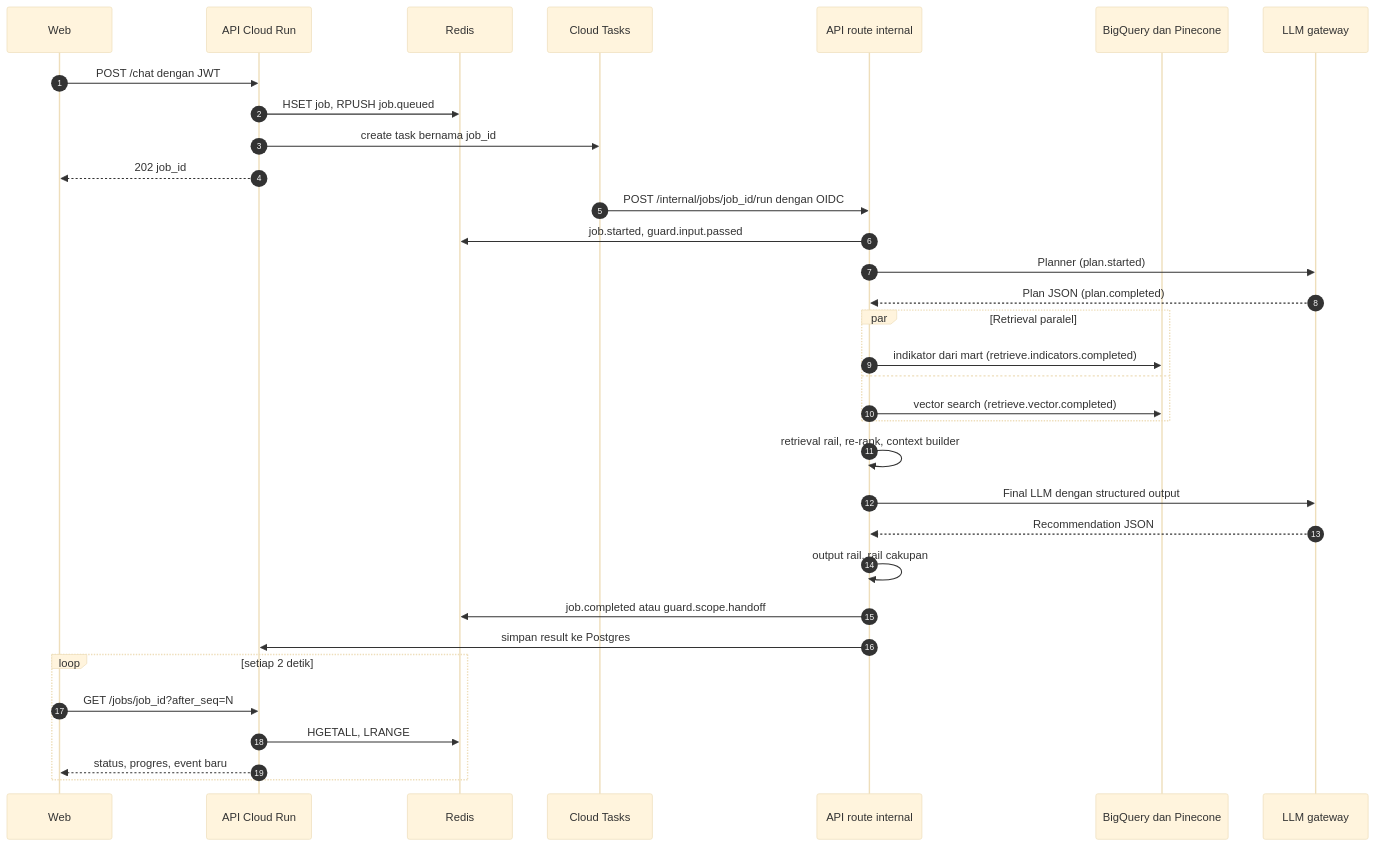
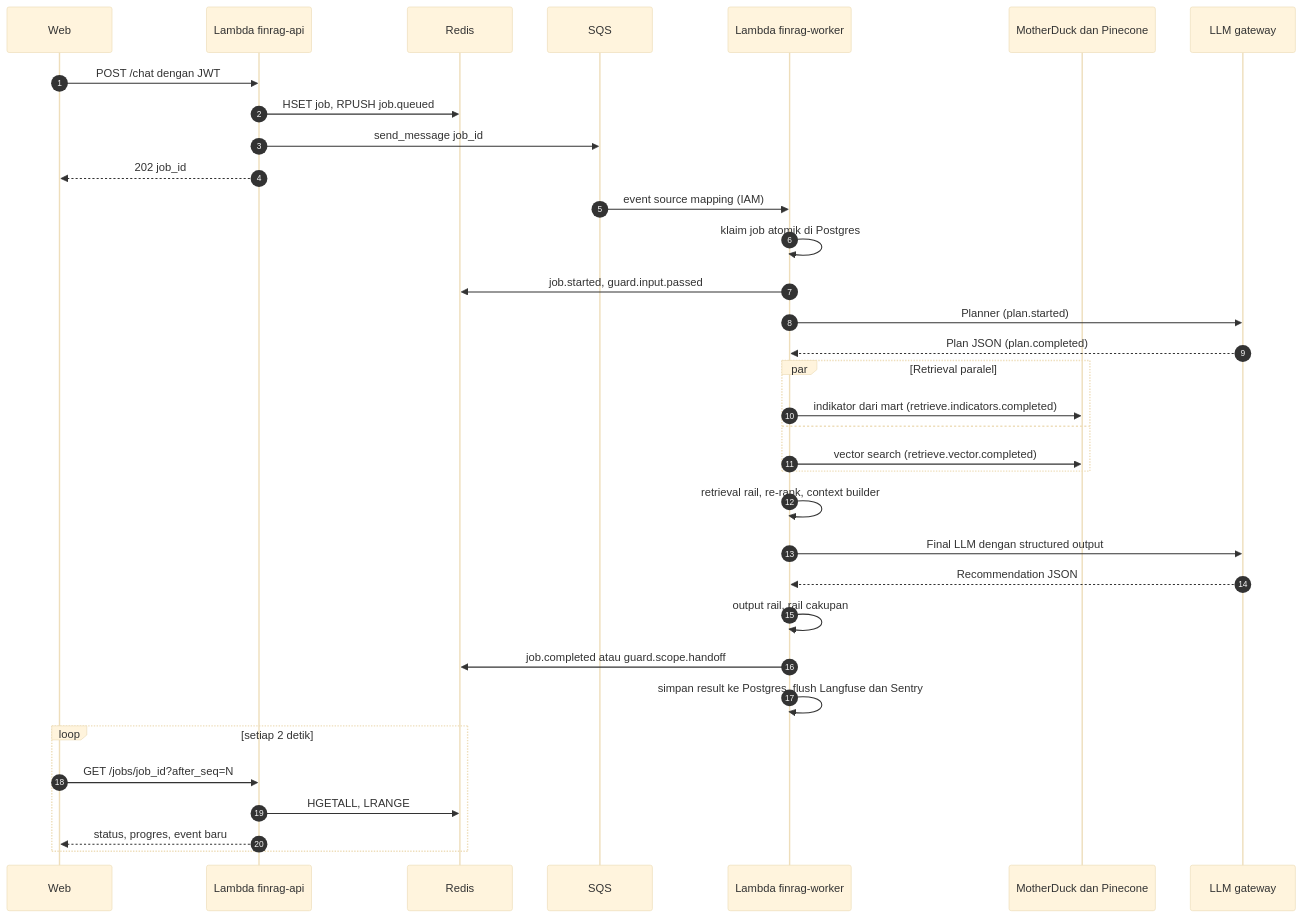
The sixth of 6 diagrams in Architecture.md (Erwdev/FinRAG), drawn with Mermaid (base theme) before and after one commit. The commit also changed other lines of this file and 17 other files, not shown here.

Commit message:
dev:new-architecture

````diff
--- a/Architecture.md
+++ b/Architecture.md
@@ -1228,36 +1318,37 @@
 ```mermaid
 sequenceDiagram
   autonumber
   participant U as Web
-  participant A as API Cloud Run
+  participant A as Lambda finrag-api
   participant R as Redis
-  participant T as Cloud Tasks
-  participant W as API route internal
-  participant D as BigQuery dan Pinecone
+  participant Q as SQS
+  participant W as Lambda finrag-worker
+  participant D as MotherDuck dan Pinecone
   participant L as LLM gateway
 
   U->>A: POST /chat dengan JWT
   A->>R: HSET job, RPUSH job.queued
-  A->>T: create task bernama job_id
+  A->>Q: send_message job_id
   A-->>U: 202 job_id
-  T->>W: POST /internal/jobs/job_id/run dengan OIDC
+  Q->>W: event source mapping (IAM)
+  W->>W: klaim job atomik di Postgres
   W->>R: job.started, guard.input.passed
   W->>L: Planner (plan.started)
   L-->>W: Plan JSON (plan.completed)
   par Retrieval paralel
     W->>D: indikator dari mart (retrieve.indicators.completed)
   and
     W->>D: vector search (retrieve.vector.completed)
   end
   W->>W: retrieval rail, re-rank, context builder
   W->>L: Final LLM dengan structured output
   L-->>W: Recommendation JSON
   W->>W: output rail, rail cakupan
   W->>R: job.completed atau guard.scope.handoff
-  W->>A: simpan result ke Postgres
+  W->>W: simpan result ke Postgres, flush Langfuse dan Sentry
   loop setiap 2 detik
     U->>A: GET /jobs/job_id?after_seq=N
     A->>R: HGETALL, LRANGE
     A-->>U: status, progres, event baru
   end
 ```
````
